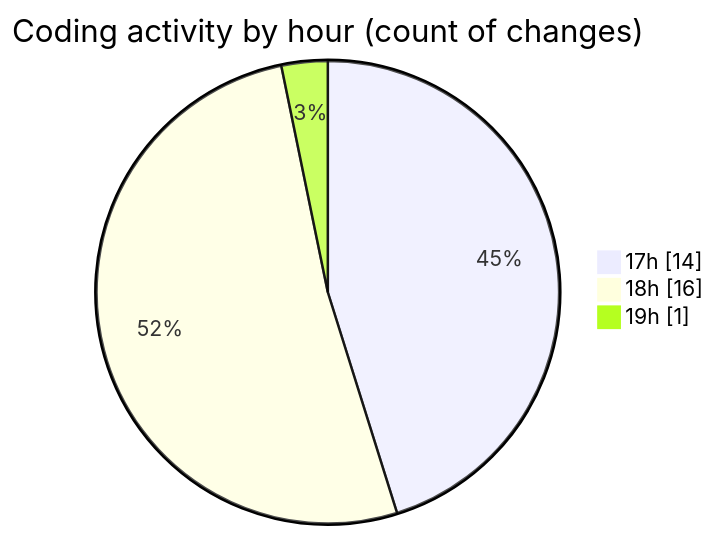
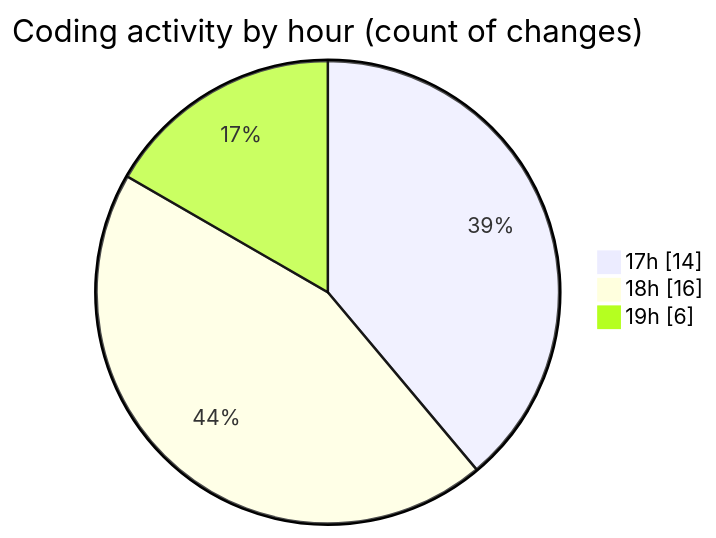
The second of 2 diagrams in 2025-05-01/jmasm/README.md (charlie-sans/code-tracking), drawn with Mermaid before and after one commit. The commit also changed other lines of this file and 1 other file, not shown here.

````diff
--- a/2025-05-01/jmasm/README.md
+++ b/2025-05-01/jmasm/README.md
@@ -37,7 +38,7 @@
 ```mermaid
 pie showData
 title Coding activity by hour (count of changes)
 "17h" : 14
 "18h" : 16
-"19h" : 1
+"19h" : 6
 ```
````
